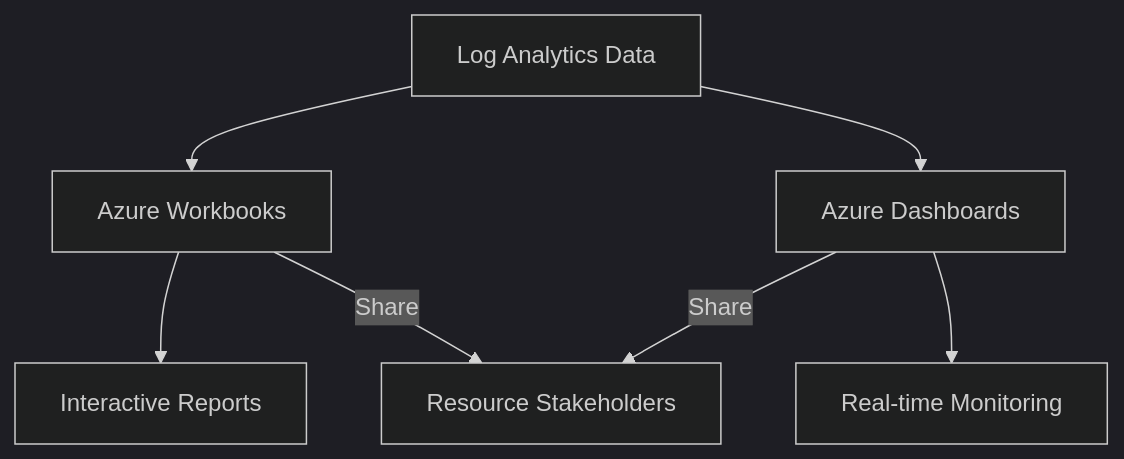
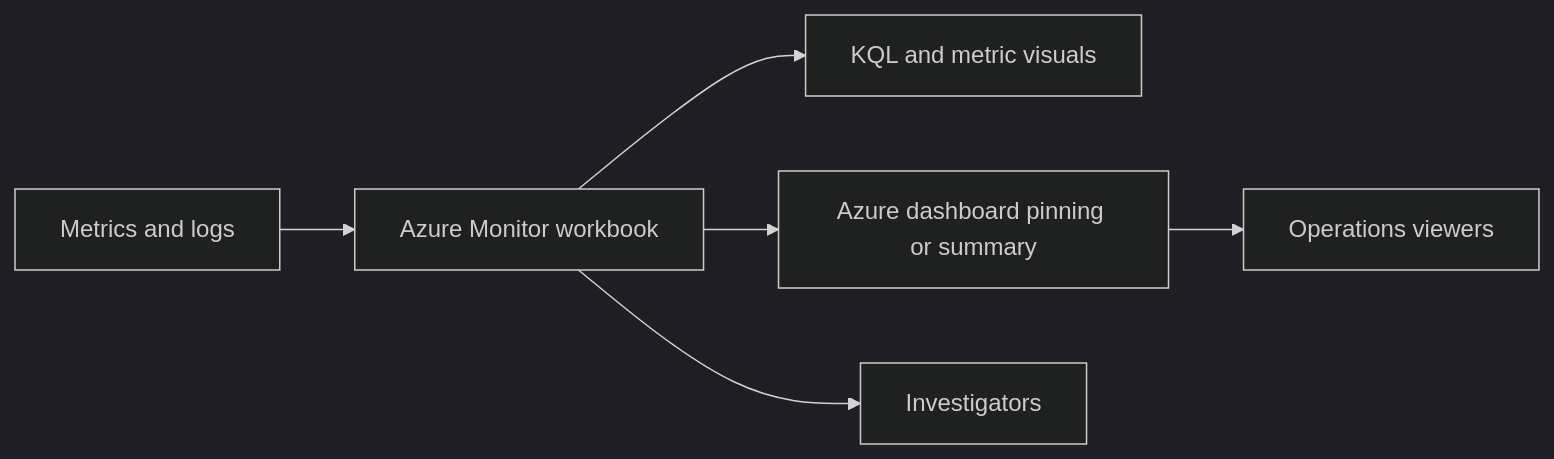
One commit to yeongseon/azure-monitoring-practical-guide changed the diagram in docs/operations/workbooks-and-dashboards.md. Above: the diagram before and after it, drawn with Mermaid (dark theme). The commit also changed other lines of this file and 50 other files, not shown here.

````diff
--- a/docs/operations/workbooks-and-dashboards.md
+++ b/docs/operations/workbooks-and-dashboards.md
@@ -5,9 +3,8 @@
 ```mermaid
-graph TD
-    A[Log Analytics Data] --> B[Azure Workbooks]
-    A --> C[Azure Dashboards]
-    B --> D[Interactive Reports]
-    C --> E[Real-time Monitoring]
-    B -- Share --> F[Resource Stakeholders]
-    C -- Share --> F
+flowchart LR
+    Data[Metrics and logs] --> Workbook[Azure Monitor workbook]
+    Workbook --> Query[KQL and metric visuals]
+    Workbook --> Dashboard[Azure dashboard pinning or summary]
+    Dashboard --> NOC[Operations viewers]
+    Workbook --> Ops[Investigators]
 ```
````
